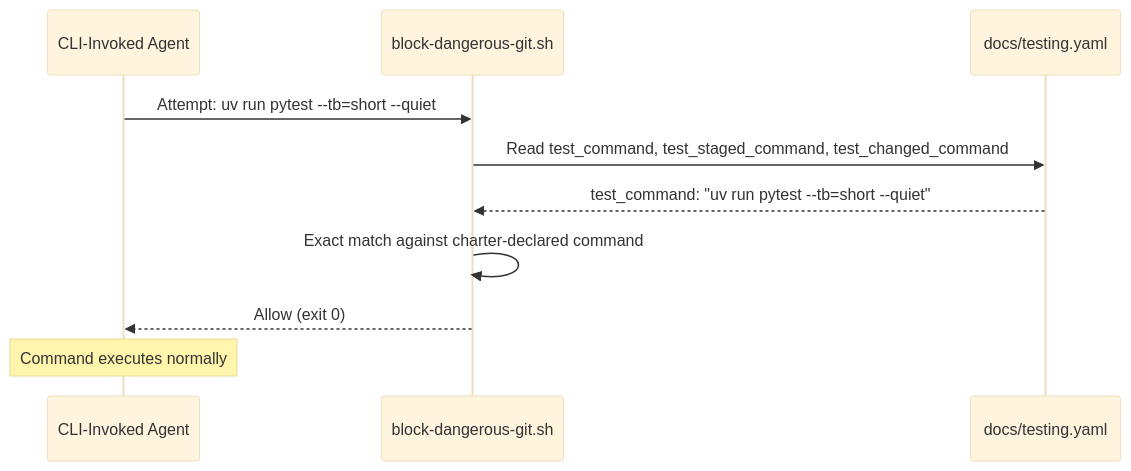
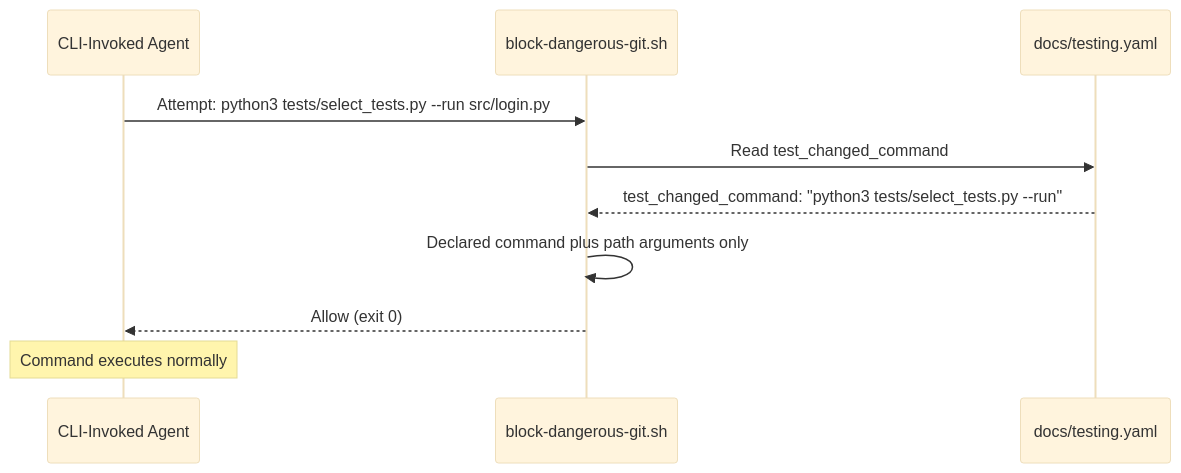
One commit to matthiasdaues/agent_factory changed the third of 36 diagrams in docs/arc42/06_runtime_view.md. Above: the diagram before and after it, drawn with Mermaid (base theme). The commit also changed 9 other files, not shown here.

First line of the commit message:
feat: let agents run only the tests of their changed files

````diff
--- a/docs/arc42/06_runtime_view.md
+++ b/docs/arc42/06_runtime_view.md
@@ -74,13 +74,13 @@
 ```mermaid
 sequenceDiagram
     participant A as CLI-Invoked Agent
     participant BDG as block-dangerous-git.sh
     participant C as docs/testing.yaml
 
-    A->>BDG: Attempt: uv run pytest --tb=short --quiet
-    BDG->>C: Read test_command, test_staged_command, test_changed_command
-    C-->>BDG: test_command: "uv run pytest --tb=short --quiet"
-    BDG->>BDG: Exact match against charter-declared command
+    A->>BDG: Attempt: python3 tests/select_tests.py --run src/login.py
+    BDG->>C: Read test_changed_command
+    C-->>BDG: test_changed_command: "python3 tests/select_tests.py --run"
+    BDG->>BDG: Declared command plus path arguments only
     BDG-->>A: Allow (exit 0)
     Note over A: Command executes normally
 ```
````
